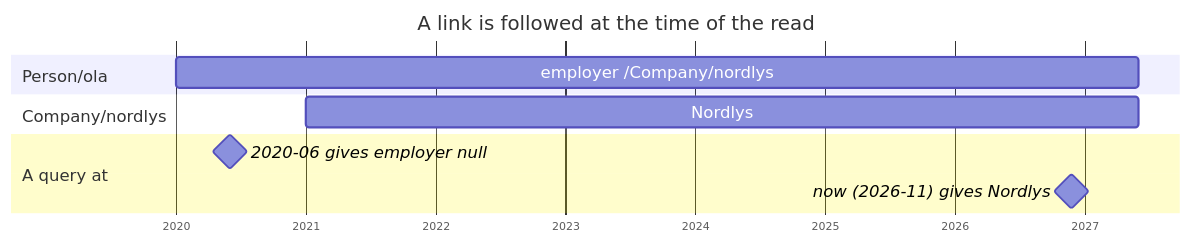
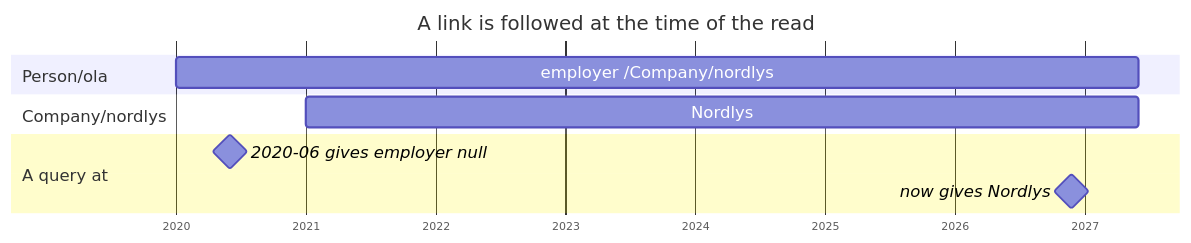
One commit to descoped/linked-data-store-project changed the third of 9 diagrams in docs/user/concepts.md. Above: the diagram before and after it, drawn with Mermaid. The commit also changed other lines of this file and 48 other files, not shown here.

First line of the commit message:
The site: the landing page, every document checked against the code, and a roadmap (#70)

````diff
--- a/docs/user/concepts.md
+++ b/docs/user/concepts.md
@@ -413,15 +419,15 @@
 ```mermaid
 %%{init: {"gantt": {"leftPadding": 150, "fontSize": 15, "sectionFontSize": 15, "barHeight": 28, "barGap": 8}}}%%
 gantt
     title A link is followed at the time of the read
     dateFormat YYYY-MM-DD
     axisFormat %Y
     todayMarker off
     section Person/ola
     employer /Company/nordlys     : 2020-01-01, 2027-06-01
     section Company/nordlys
     Nordlys                       : 2021-01-01, 2027-06-01
     section A query at
     2020-06 gives employer null   : milestone, 2020-06-01, 0d
-    now (2026-11) gives Nordlys   : milestone, 2026-11-24, 0d
+    now gives Nordlys             : milestone, 2026-11-24, 0d
 ```
````
